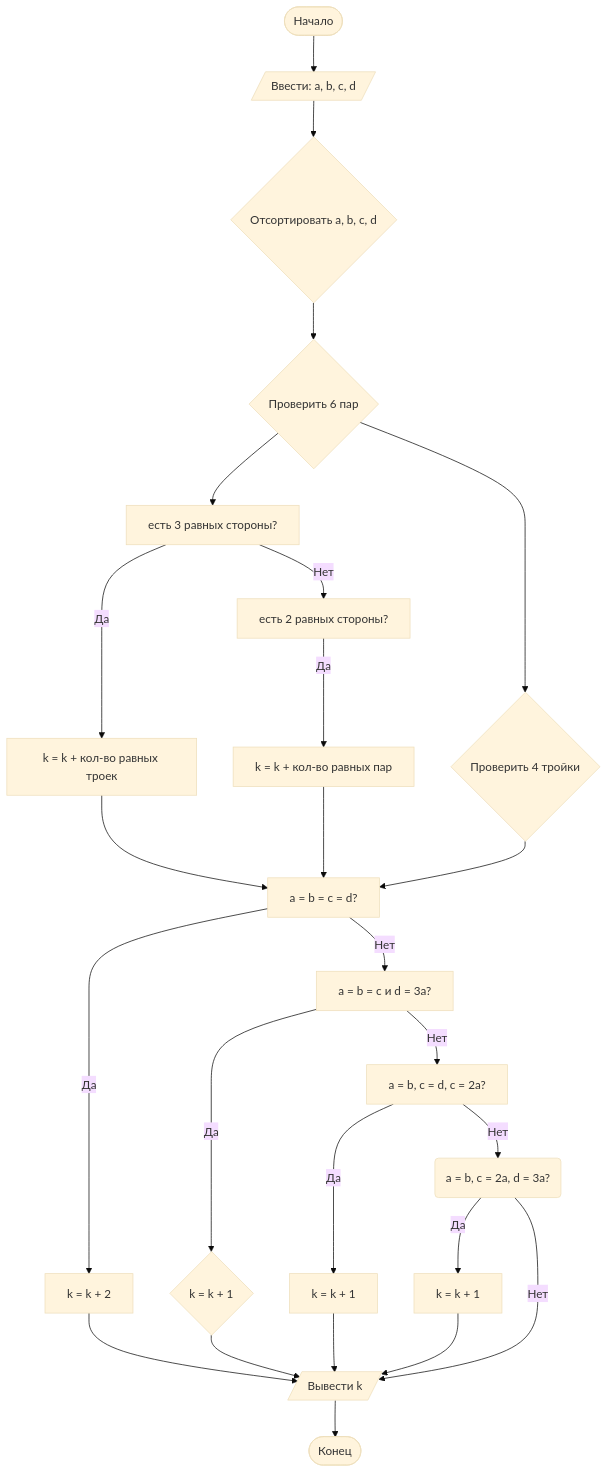
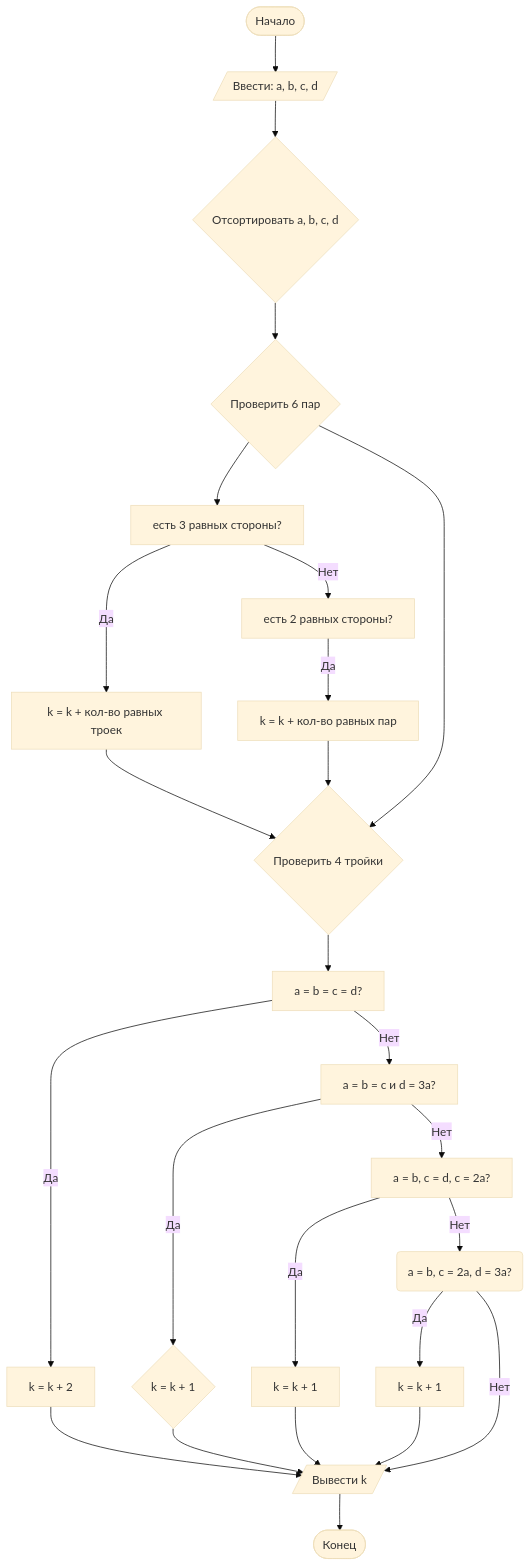
One commit to andreyka239/Lab1 changed the diagram in Lab1/description.md. Above: the diagram before and after it, drawn with Mermaid (base theme).

````diff
--- a/Lab1/description.md
+++ b/Lab1/description.md
@@ -143,27 +143,27 @@
 ```mermaid
 graph TD
         A([Начало]) --> B[/Ввести: a, b, c, d/]
         B --> C{Отсортировать a, b, c, d}
         C --> D{Проверить 6 пар}
         D --> Y[есть 3 равных стороны?]
         Y -- Да --> P[k = k + кол-во равных троек]
         Y -- Нет --> Q[есть 2 равных стороны?]
         Q -- Да --> V[k = k + кол-во равных пар]
         D --> E{Проверить 4 тройки}
         E --> F[a = b = c = d?]
         F -- Да --> G[k = k + 2]
         F -- Нет --> H[a = b = c и d = 3a?]
         H -- Да --> I{k = k + 1}
         H -- Нет --> J[a = b, c = d, c = 2a?]
         J -- Да --> K[k = k + 1]
         J -- Нет --> L(a = b, c = 2a, d = 3a?)
         L -- Да --> M[k = k + 1]
         L -- Нет --> N[/Вывести k/]
-        P --> F
-        V --> F
+        P --> E
+        V --> E
         G --> N
         I --> N
         K --> N
         M --> N
         N --> O([Конец])
 ```
````
